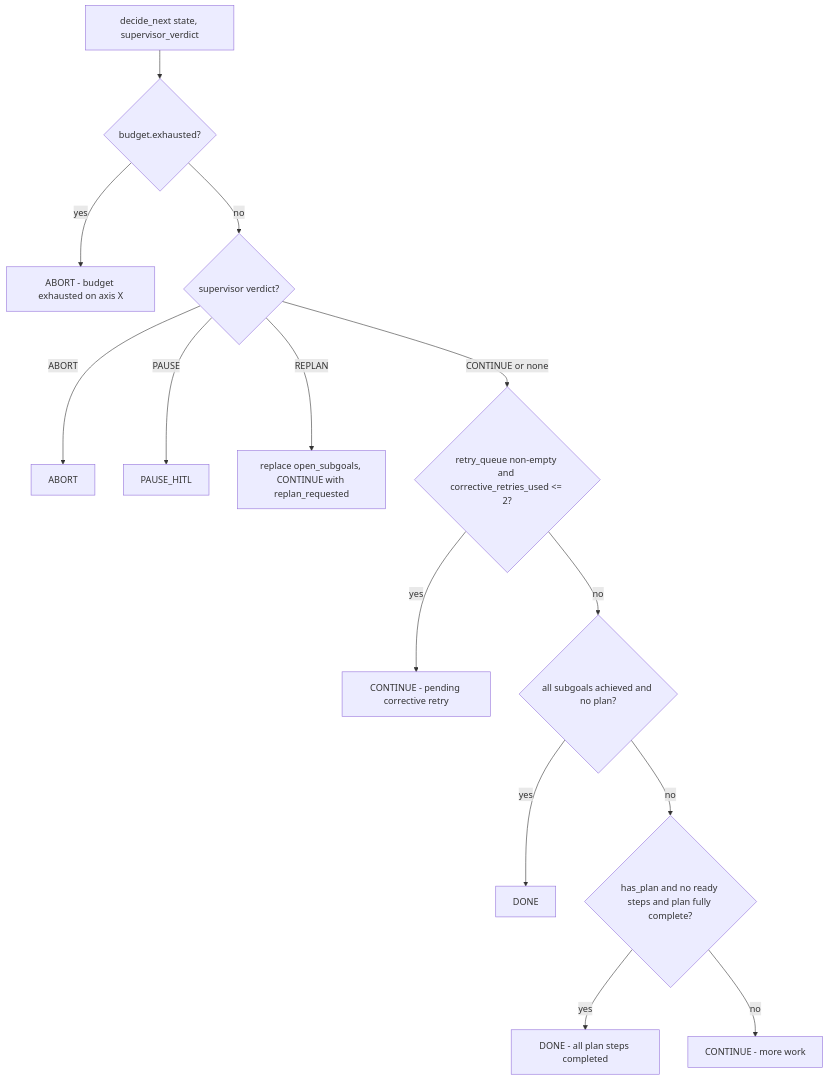
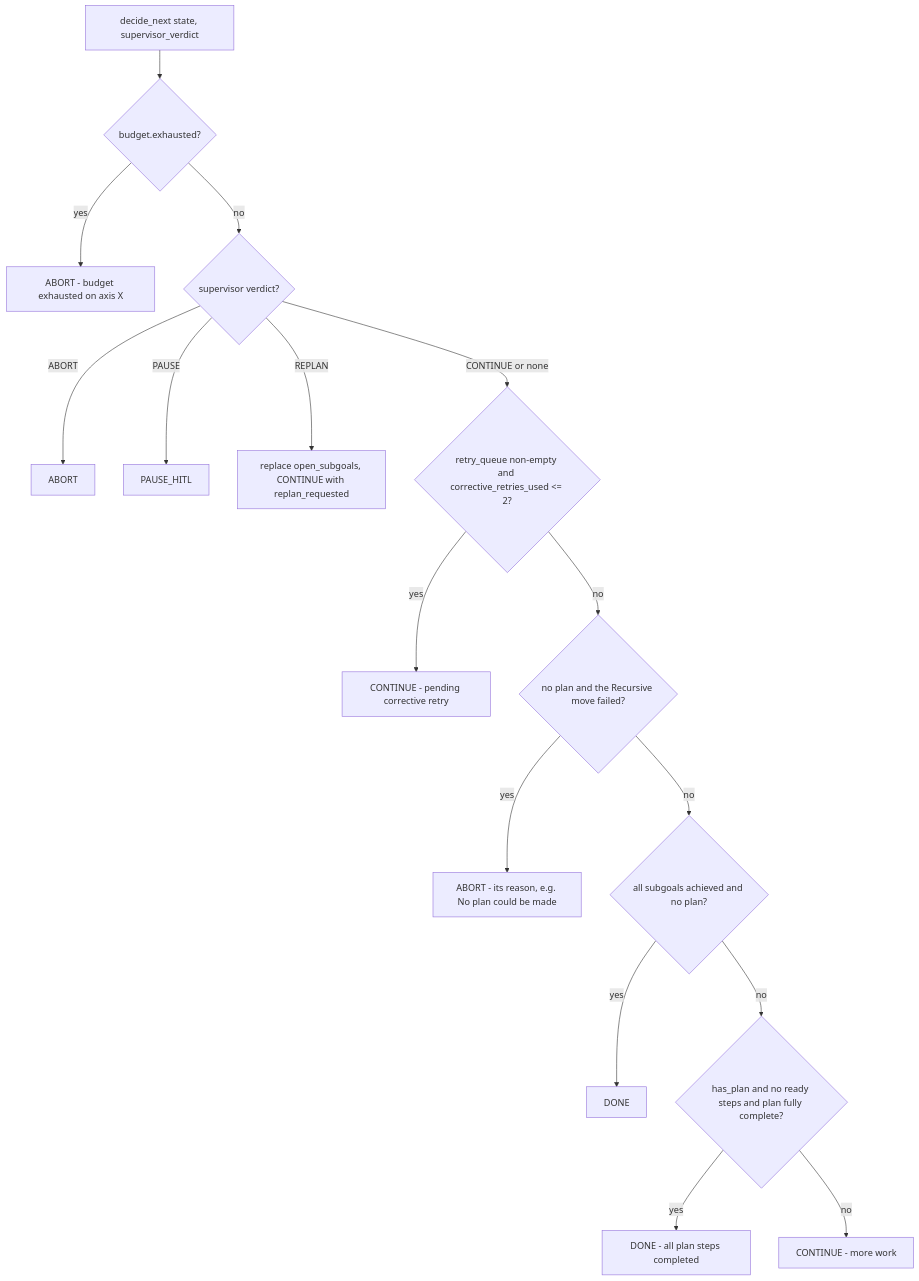
Diagram 12 of 25 in docs/current/05-agent-kernel.md (gondolerahul/hire-buddha-app), drawn with Mermaid before and after one commit. The commit also changed other lines of this file and 15 other files, not shown here.

````diff
--- a/docs/current/05-agent-kernel.md
+++ b/docs/current/05-agent-kernel.md
@@ -954,16 +954,18 @@
 ```mermaid
 flowchart TD
     D["decide_next state, supervisor_verdict"] --> B{"budget.exhausted?"}
     B -- yes --> ABORT1["ABORT - budget exhausted on axis X"]
     B -- no --> SV{"supervisor verdict?"}
     SV -- ABORT --> ABORT2["ABORT"]
     SV -- PAUSE --> PAUSE["PAUSE_HITL"]
     SV -- REPLAN --> REP["replace open_subgoals, CONTINUE with replan_requested"]
     SV -- CONTINUE or none --> RQ{"retry_queue non-empty and corrective_retries_used <= 2?"}
     RQ -- yes --> CONT1["CONTINUE - pending corrective retry"]
-    RQ -- no --> SGD{"all subgoals achieved and no plan?"}
+    RQ -- no --> NP{"no plan and the Recursive move failed?"}
+    NP -- yes --> ABORT3["ABORT - its reason, e.g. No plan could be made"]
+    NP -- no --> SGD{"all subgoals achieved and no plan?"}
     SGD -- yes --> DONE1["DONE"]
     SGD -- no --> PLD{"has_plan and no ready steps and plan fully complete?"}
     PLD -- yes --> DONE2["DONE - all plan steps completed"]
     PLD -- no --> CONT2["CONTINUE - more work"]
 ```
````
